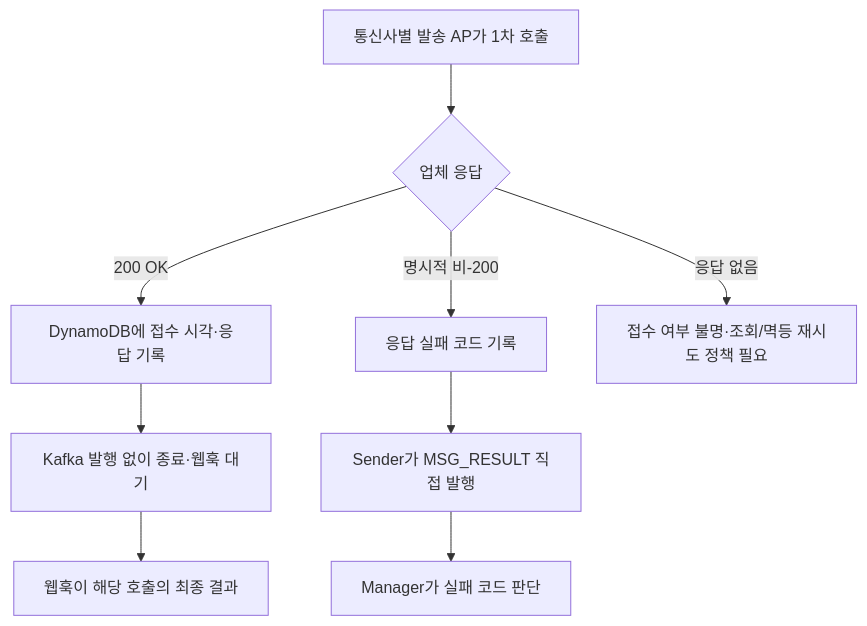
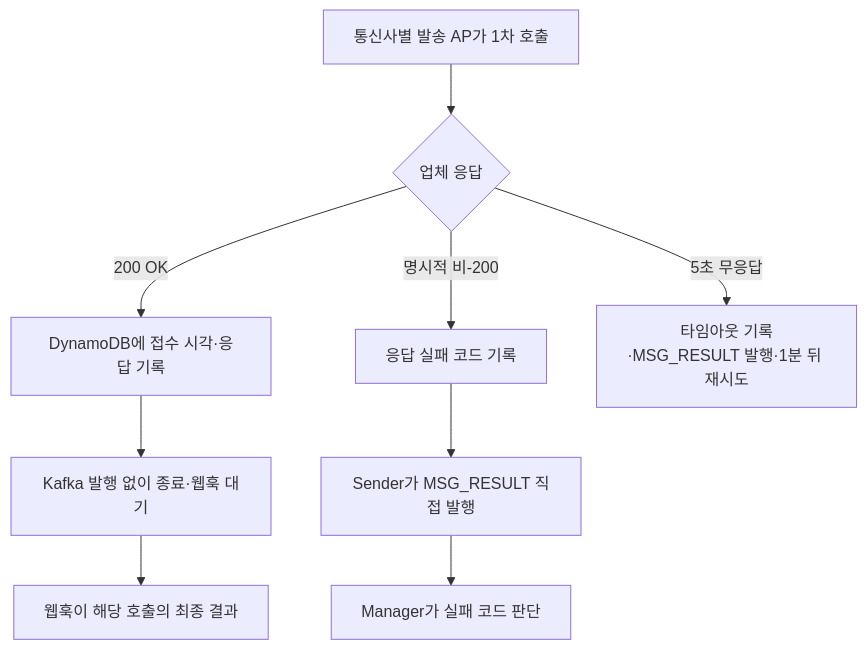
Before and after one commit to hyun-seung/High-throughput-event-platform: the sixth of 10 diagrams in docs/53-신규-메시지-케이스별-Call-Flow.md, drawn with Mermaid. The commit also changed other lines of this file and 21 other files, not shown here.

````diff
--- a/docs/53-신규-메시지-케이스별-Call-Flow.md
+++ b/docs/53-신규-메시지-케이스별-Call-Flow.md
@@ -192,11 +192,11 @@
 ```mermaid
 flowchart TD
     S[통신사별 발송 AP가 1차 호출] --> R{업체 응답}
     R -->|200 OK| A[DynamoDB에 접수 시각·응답 기록]
     A --> W[Kafka 발행 없이 종료·웹훅 대기]
     W --> H[웹훅이 해당 호출의 최종 결과]
     R -->|명시적 비-200| F[응답 실패 코드 기록]
     F --> K[Sender가 MSG_RESULT 직접 발행]
     K --> M[Manager가 실패 코드 판단]
-    R -->|응답 없음| U[접수 여부 불명·조회/멱등 재시도 정책 필요]
+    R -->|5초 무응답| U[타임아웃 기록·MSG_RESULT 발행·1분 뒤 재시도]
 ```
````
